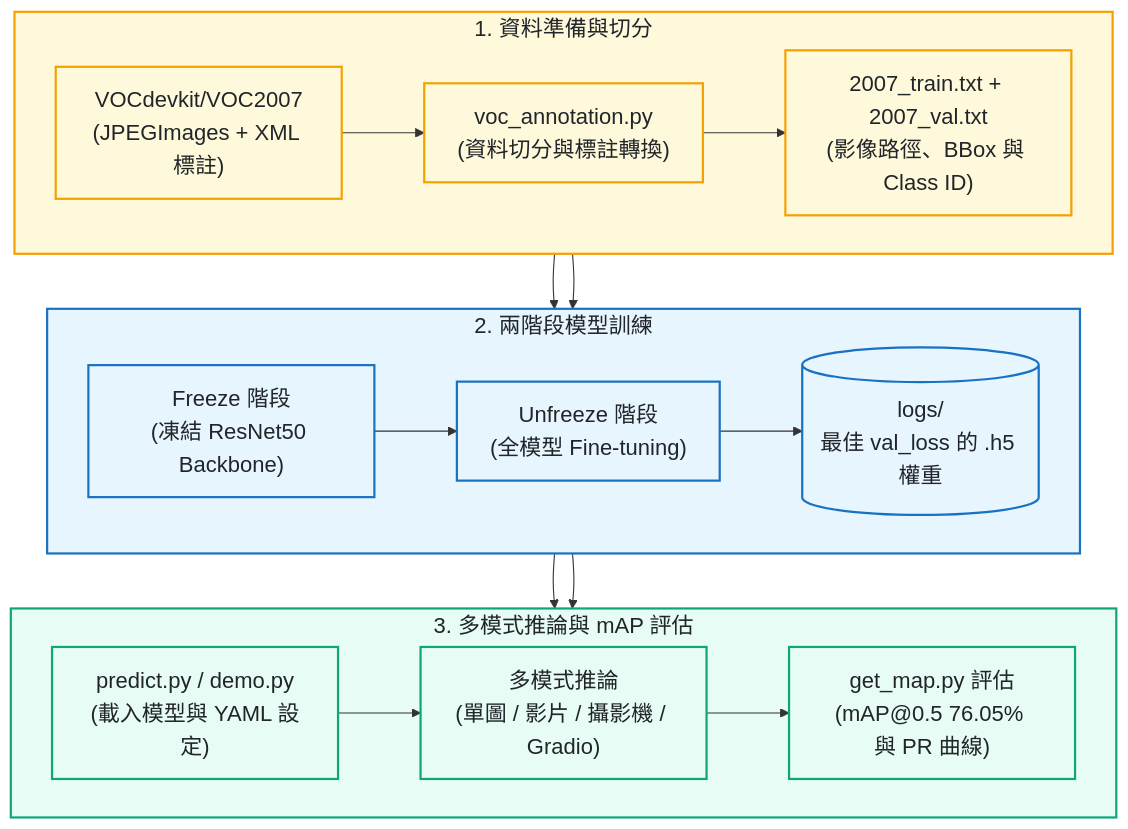
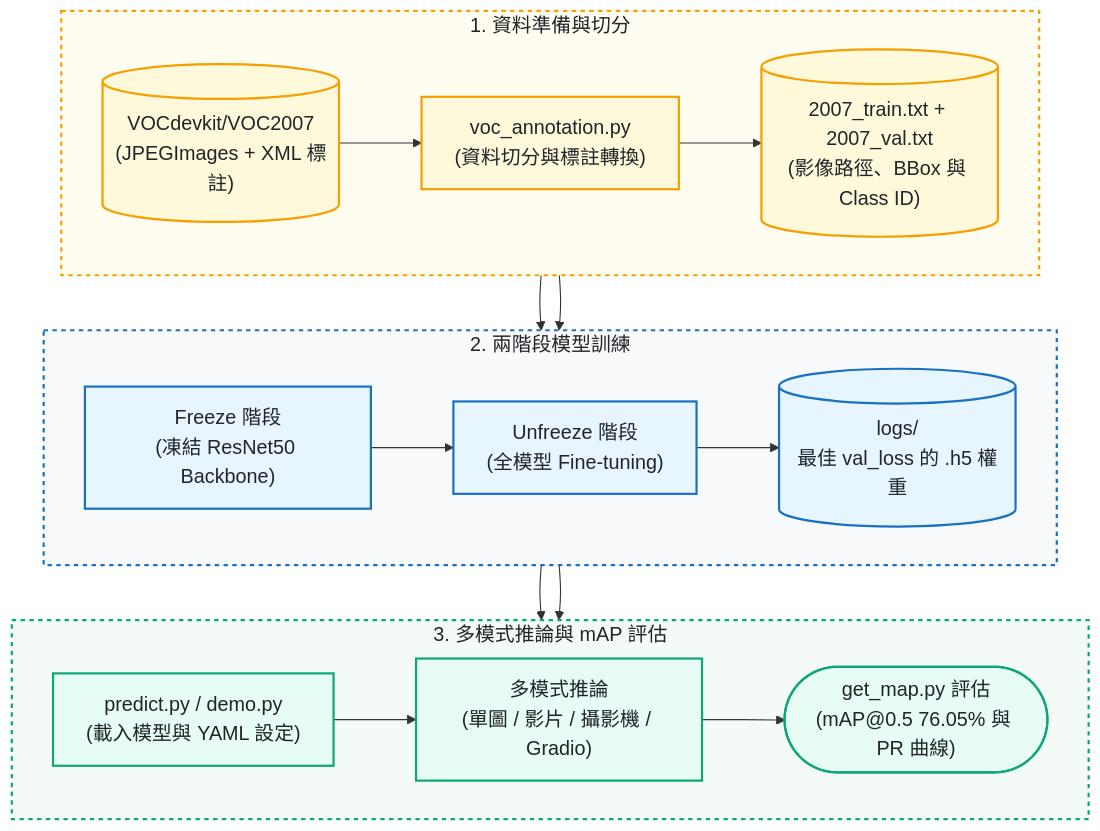
The first of 2 diagrams in README.md (kuotunyu/retinanet-face-mask-detection), drawn with Mermaid before and after one commit. The commit also changed other lines of this file, not shown here.

Commit message:
docs: apply high-end visual enhancements to flowcharts (card containers, semantic shapes, Morandi palette)

````diff
--- a/README.md
+++ b/README.md
@@ -31,28 +31,32 @@
 ```mermaid
-%%{init: {'themeVariables': {'fontSize': '20px'}}}%%
+%%{init: {'themeVariables': {'fontSize': '18px'}}}%%
 flowchart TD
     subgraph Preparation ["1. 資料準備與切分"]
         direction LR
-        Dataset["VOCdevkit/VOC2007<br/>(JPEGImages + XML 標註)"] --> Annotation["voc_annotation.py<br/>(資料切分與標註轉換)"] --> TrainLists["2007_train.txt + 2007_val.txt<br/>(影像路徑、BBox 與 Class ID)"]
+        Dataset[("VOCdevkit/VOC2007<br/>(JPEGImages + XML 標註)")] --> Annotation["voc_annotation.py<br/>(資料切分與標註轉換)"] --> TrainLists[("2007_train.txt + 2007_val.txt<br/>(影像路徑、BBox 與 Class ID)")]
     end
 
     subgraph Training ["2. 兩階段模型訓練"]
         direction LR
         TrainLists --> Freeze["Freeze 階段<br/>(凍結 ResNet50 Backbone)"] --> Unfreeze["Unfreeze 階段<br/>(全模型 Fine-tuning)"] --> Weights[("logs/<br/>最佳 val_loss 的 .h5 權重")]
     end
 
     subgraph Application ["3. 多模式推論與 mAP 評估"]
         direction LR
-        Weights --> Inference["predict.py / demo.py<br/>(載入模型與 YAML 設定)"] --> Modes["多模式推論<br/>(單圖 / 影片 / 攝影機 / Gradio)"] --> Map["get_map.py 評估<br/>(mAP@0.5 76.05% 與 PR 曲線)"]
+        Weights --> Inference["predict.py / demo.py<br/>(載入模型與 YAML 設定)"] --> Modes["多模式推論<br/>(單圖 / 影片 / 攝影機 / Gradio)"] --> Map(["get_map.py 評估<br/>(mAP@0.5 76.05% 與 PR 曲線)"])
     end
 
     Preparation --> Training --> Application
 
     classDef prepStyle fill:#fff9db,stroke:#f59f00,stroke-width:2px,color:#212529
     classDef trainStyle fill:#e7f5ff,stroke:#1971c2,stroke-width:2px,color:#212529
     classDef appStyle fill:#e6fcf5,stroke:#0ca678,stroke-width:2px,color:#212529
 
     class Preparation,Dataset,Annotation,TrainLists prepStyle
     class Training,Freeze,Unfreeze,Weights trainStyle
     class Application,Inference,Modes,Map appStyle
+
+    style Preparation fill:#fffcf0,stroke:#f59f00,stroke-width:2px,stroke-dasharray: 4 4
+    style Training fill:#f8f9fa,stroke:#1971c2,stroke-width:2px,stroke-dasharray: 4 4
+    style Application fill:#f4fbf7,stroke:#0ca678,stroke-width:2px,stroke-dasharray: 4 4
 ```
````
